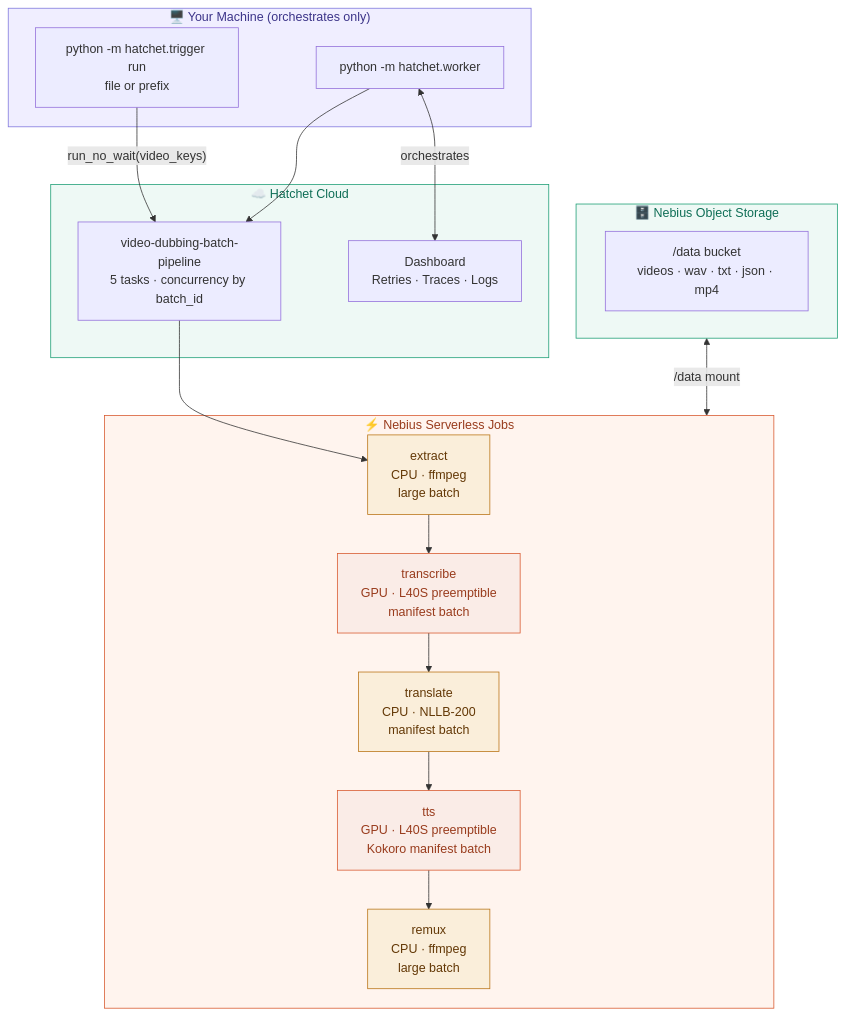
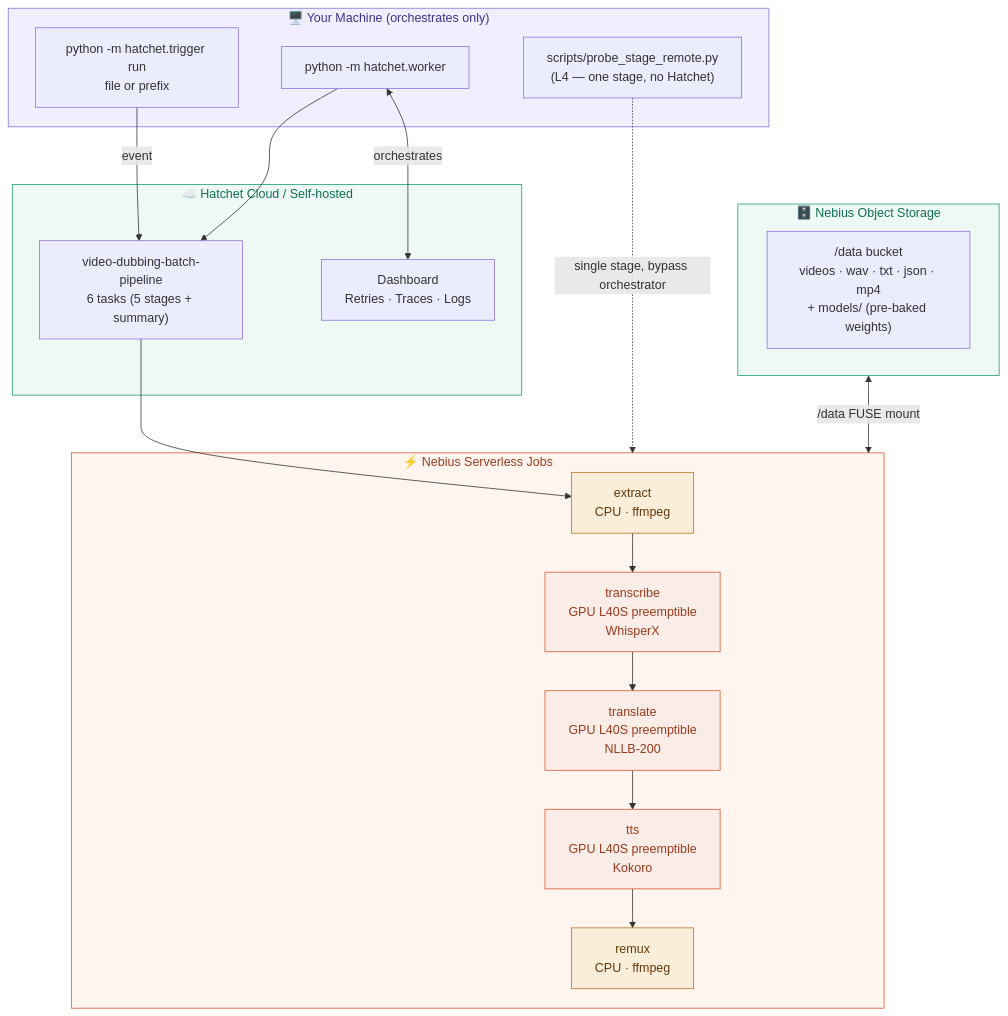
The diagram in README.md (MarouaneKhoukh/video-dubbing-hatchet-serverless), drawn with Mermaid before and after one commit. The commit also changed other lines of this file and 1 other file, not shown here.

````diff
--- a/README.md
+++ b/README.md
@@ -68,40 +72,42 @@
 ```mermaid
 flowchart TB
     subgraph local["🖥️ Your Machine (orchestrates only)"]
         trigger["python -m hatchet.trigger run\nfile or prefix"]
         worker["python -m hatchet.worker"]
+        probe["scripts/probe_stage_remote.py\n(L4 — one stage, no Hatchet)"]
     end
 
-    subgraph hatchet["☁️ Hatchet Cloud"]
-        wf["video-dubbing-batch-pipeline\n5 tasks · concurrency by batch_id"]
+    subgraph hatchet["☁️ Hatchet Cloud / Self-hosted"]
+        wf["video-dubbing-batch-pipeline\n6 tasks (5 stages + summary)"]
         dashboard["Dashboard\nRetries · Traces · Logs"]
     end
 
     subgraph storage["🗄️ Nebius Object Storage"]
-        bucket["/data bucket\nvideos · wav · txt · json · mp4"]
+        bucket["/data bucket\nvideos · wav · txt · json · mp4\n+ models/ (pre-baked weights)"]
     end
 
     subgraph nebius["⚡ Nebius Serverless Jobs"]
-        extract["extract\nCPU · ffmpeg\nlarge batch"]
-        transcribe["transcribe\nGPU · L40S preemptible\nmanifest batch"]
-        translate["translate\nCPU · NLLB-200\nmanifest batch"]
-        tts["tts\nGPU · L40S preemptible\nKokoro manifest batch"]
-        remux["remux\nCPU · ffmpeg\nlarge batch"]
+        extract["extract\nCPU · ffmpeg"]
+        transcribe["transcribe\nGPU L40S preemptible\nWhisperX"]
+        translate["translate\nGPU L40S preemptible\nNLLB-200"]
+        tts["tts\nGPU L40S preemptible\nKokoro"]
+        remux["remux\nCPU · ffmpeg"]
     end
 
-    trigger -->|"run_no_wait(video_keys)"| wf
+    trigger -->|"event"| wf
     worker <-->|orchestrates| dashboard
     worker --> wf
     wf --> extract --> transcribe --> translate --> tts --> remux
-    storage <-->|"/data mount"| nebius
+    probe -.->|"single stage, bypass orchestrator"| nebius
+    storage <-->|"/data FUSE mount"| nebius
 
     style local fill:#f0eeff,stroke:#7F77DD,color:#3C3489
     style hatchet fill:#eef9f5,stroke:#1D9E75,color:#0F6E56
     style storage fill:#eef9f5,stroke:#1D9E75,color:#0F6E56
     style nebius fill:#fff4ee,stroke:#D85A30,color:#993C1D
     style extract fill:#faeeda,stroke:#BA7517,color:#633806
     style transcribe fill:#faece7,stroke:#D85A30,color:#993C1D
-    style translate fill:#faeeda,stroke:#BA7517,color:#633806
+    style translate fill:#faece7,stroke:#D85A30,color:#993C1D
     style tts fill:#faece7,stroke:#D85A30,color:#993C1D
     style remux fill:#faeeda,stroke:#BA7517,color:#633806
 ```
````
